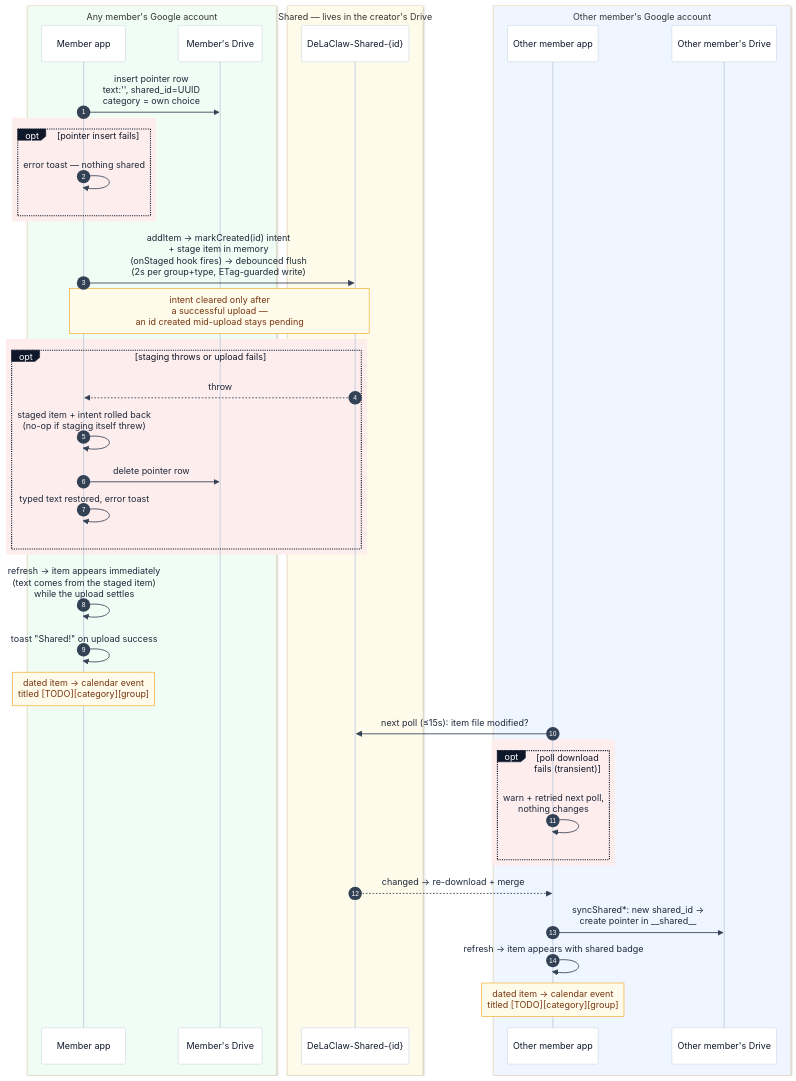
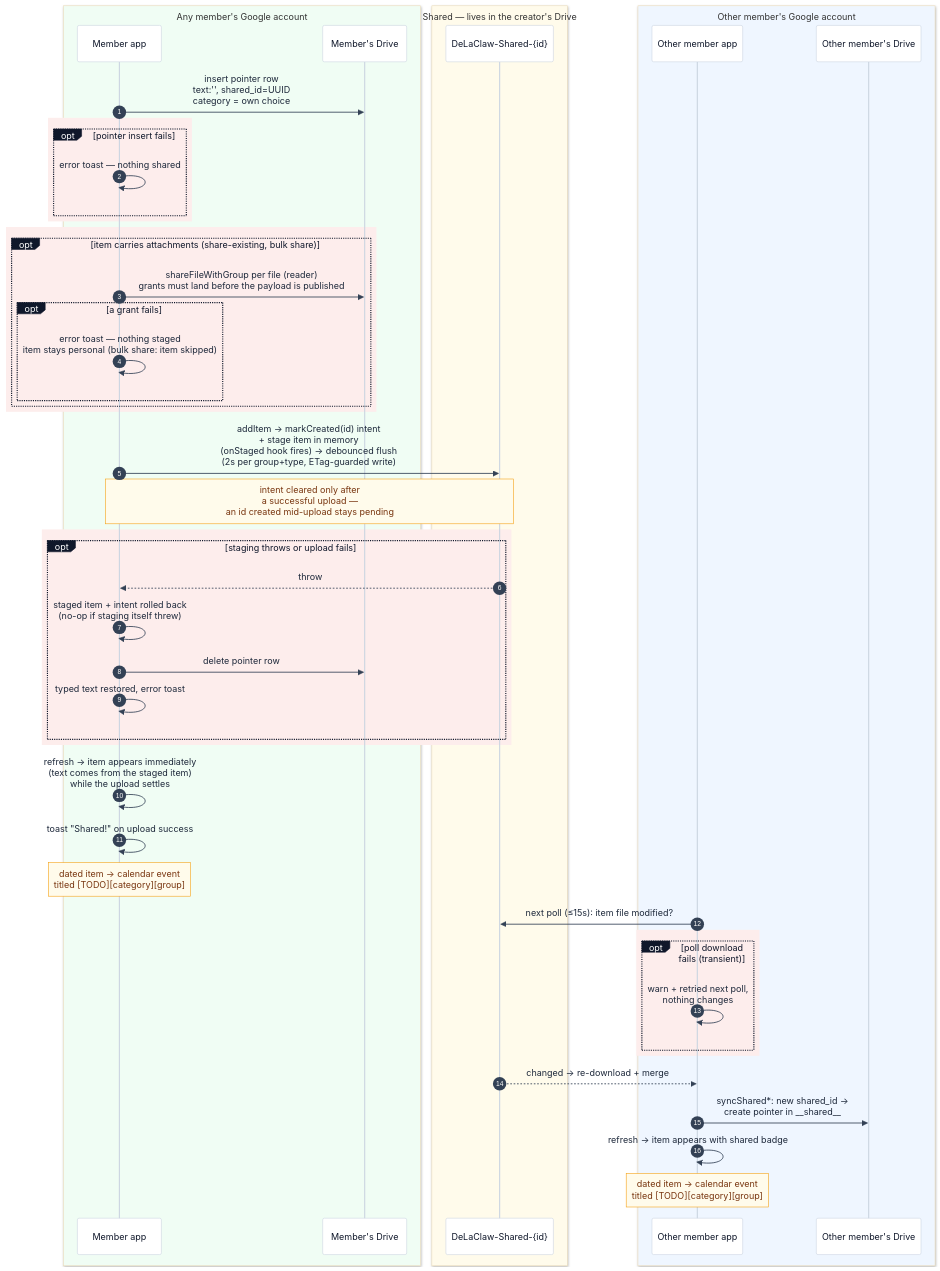
The sixth of 14 diagrams in docs-site/sharing.md (AntGro/DeLaClaw), drawn with Mermaid before and after one commit. The commit also changed other lines of this file and 7 other files, not shown here.

First line of the commit message:
docs(sharing): attachments in the diagrams and a feature section (v2.32.130)

````diff
--- a/docs-site/sharing.md
+++ b/docs-site/sharing.md
@@ -278,46 +279,54 @@
 ```mermaid
 %%{init: {'theme': 'base', 'themeVariables': {'background': '#fbfaf8', 'actorBkg': '#ffffff', 'actorBorder': '#cbd5e1', 'actorTextColor': '#0f172a', 'actorLineColor': '#cbd5e1', 'signalColor': '#334155', 'signalTextColor': '#1e293b', 'noteBkgColor': '#fffbeb', 'noteBorderColor': '#f59e0b', 'noteTextColor': '#78350f', 'labelBoxBkgColor': '#0f172a', 'labelBoxBorderColor': '#0f172a', 'labelTextColor': '#ffffff'}}}%%
 sequenceDiagram
     autonumber
     box rgb(240,253,244) Any member's Google account
     participant MA as Member app
     participant MD as Member's Drive
     end
     box rgb(255,251,235) Shared — lives in the creator's Drive
     participant SF as DeLaClaw-Shared-{id}
     end
     box rgb(239,246,255) Other member's Google account
     participant OA as Other member app
     participant OD as Other member's Drive
     end
 
     MA->>MD: insert pointer row<br/>text:'', shared_id=UUID<br/>category = own choice
     rect rgb(253, 237, 236)
     opt pointer insert fails
         MA->>MA: error toast — nothing shared
+    end
+    end
+    rect rgb(253, 237, 236)
+    opt item carries attachments (share-existing, bulk share)
+        MA->>MD: shareFileWithGroup per file (reader)<br/>grants must land before the payload is published
+        opt a grant fails
+            MA->>MA: error toast — nothing staged<br/>item stays personal (bulk share: item skipped)
+        end
     end
     end
     MA->>SF: addItem → markCreated(id) intent<br/>+ stage item in memory<br/>(onStaged hook fires) → debounced flush<br/>(2s per group+type, ETag-guarded write)
     Note over MA,SF: intent cleared only after<br/>a successful upload —<br/>an id created mid-upload stays pending
     rect rgb(253, 237, 236)
     opt staging throws or upload fails
         SF-->>MA: throw
         MA->>MA: staged item + intent rolled back<br/>(no-op if staging itself threw)
         MA->>MD: delete pointer row
         MA->>MA: typed text restored, error toast
     end
     end
     MA->>MA: refresh → item appears immediately<br/>(text comes from the staged item)<br/>while the upload settles
     MA->>MA: toast "Shared!" on upload success
     Note over MA: dated item → calendar event<br/>titled [TODO][category][group]
     OA->>SF: next poll (≤15s): item file modified?
     rect rgb(253, 237, 236)
     opt poll download fails (transient)
         OA->>OA: warn + retried next poll,<br/>nothing changes
     end
     end
     SF-->>OA: changed → re-download + merge
     OA->>OD: syncShared*: new shared_id →<br/>create pointer in __shared__
     OA->>OA: refresh → item appears with shared badge
     Note over OA: dated item → calendar event<br/>titled [TODO][category][group]
 ```
````
